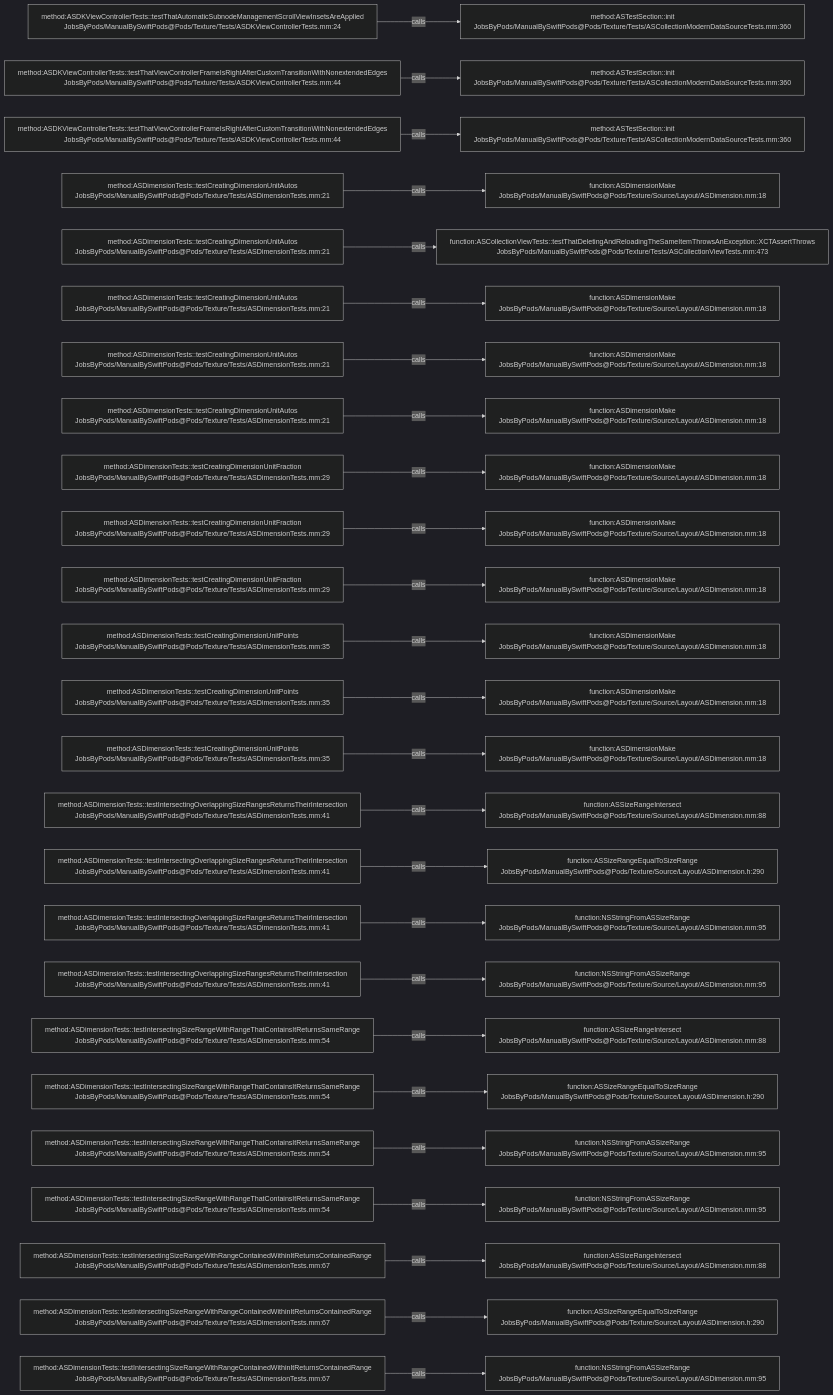
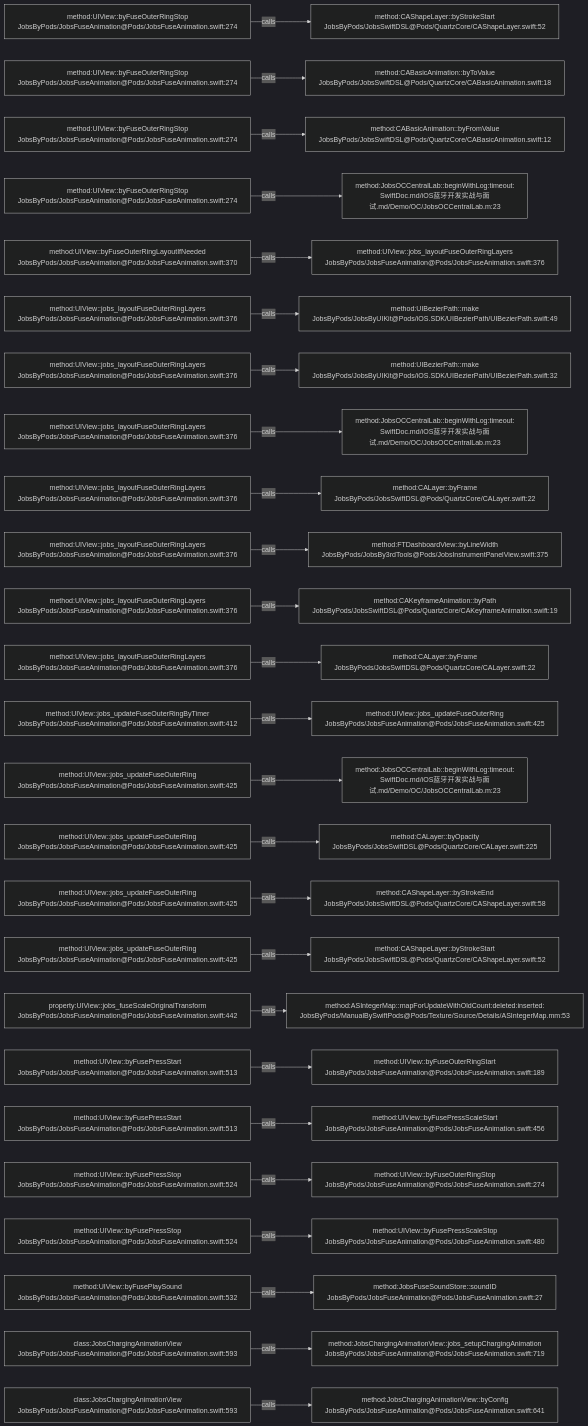
Before and after one commit to JobsKits/JobsSwiftBaseConfigDemo: the diagram in .codegraph/codegraph.md/graphs/calls-178.md, drawn with Mermaid (dark theme). The commit also changed 224 other files, not shown here.

````diff
--- a/.codegraph/codegraph.md/graphs/calls-178.md
+++ b/.codegraph/codegraph.md/graphs/calls-178.md
@@ -13,78 +13,78 @@
 ```mermaid
 flowchart LR
-  S1["method:ASDKViewControllerTests::testThatAutomaticSubnodeManagementScrollViewInsetsAreApplied<br/>JobsByPods/ManualBySwiftPods@Pods/Texture/Tests/ASDKViewControllerTests.mm:24"]
-  T1["method:ASTestSection::init<br/>JobsByPods/ManualBySwiftPods@Pods/Texture/Tests/ASCollectionModernDataSourceTests.mm:360"]
+  S1["method:UIView::byFuseOuterRingStop<br/>JobsByPods/JobsFuseAnimation@Pods/JobsFuseAnimation.swift:274"]
+  T1["method:CAShapeLayer::byStrokeStart<br/>JobsByPods/JobsSwiftDSL@Pods/QuartzCore/CAShapeLayer.swift:52"]
   S1 -->|calls| T1
-  S2["method:ASDKViewControllerTests::testThatViewControllerFrameIsRightAfterCustomTransitionWithNonextendedEdges<br/>JobsByPods/ManualBySwiftPods@Pods/Texture/Tests/ASDKViewControllerTests.mm:44"]
-  T2["method:ASTestSection::init<br/>JobsByPods/ManualBySwiftPods@Pods/Texture/Tests/ASCollectionModernDataSourceTests.mm:360"]
+  S2["method:UIView::byFuseOuterRingStop<br/>JobsByPods/JobsFuseAnimation@Pods/JobsFuseAnimation.swift:274"]
+  T2["method:CABasicAnimation::byToValue<br/>JobsByPods/JobsSwiftDSL@Pods/QuartzCore/CABasicAnimation.swift:18"]
   S2 -->|calls| T2
-  S3["method:ASDKViewControllerTests::testThatViewControllerFrameIsRightAfterCustomTransitionWithNonextendedEdges<br/>JobsByPods/ManualBySwiftPods@Pods/Texture/Tests/ASDKViewControllerTests.mm:44"]
-  T3["method:ASTestSection::init<br/>JobsByPods/ManualBySwiftPods@Pods/Texture/Tests/ASCollectionModernDataSourceTests.mm:360"]
+  S3["method:UIView::byFuseOuterRingStop<br/>JobsByPods/JobsFuseAnimation@Pods/JobsFuseAnimation.swift:274"]
+  T3["method:CABasicAnimation::byFromValue<br/>JobsByPods/JobsSwiftDSL@Pods/QuartzCore/CABasicAnimation.swift:12"]
   S3 -->|calls| T3
-  S4["method:ASDimensionTests::testCreatingDimensionUnitAutos<br/>JobsByPods/ManualBySwiftPods@Pods/Texture/Tests/ASDimensionTests.mm:21"]
-  T4["function:ASDimensionMake<br/>JobsByPods/ManualBySwiftPods@Pods/Texture/Source/Layout/ASDimension.mm:18"]
+  S4["method:UIView::byFuseOuterRingStop<br/>JobsByPods/JobsFuseAnimation@Pods/JobsFuseAnimation.swift:274"]
+  T4["method:JobsOCCentralLab::beginWithLog:timeout:<br/>SwiftDoc.md/iOS蓝牙开发实战与面试.md/Demo/OC/JobsOCCentralLab.m:23"]
   S4 -->|calls| T4
-  S5["method:ASDimensionTests::testCreatingDimensionUnitAutos<br/>JobsByPods/ManualBySwiftPods@Pods/Texture/Tests/ASDimensionTests.mm:21"]
-  T5["function:ASCollectionViewTests::testThatDeletingAndReloadingTheSameItemThrowsAnException::XCTAssertThrows<br/>JobsByPods/ManualBySwiftPods@Pods/Texture/Tests/ASCollectionViewTests.mm:473"]
+  S5["method:UIView::byFuseOuterRingLayoutIfNeeded<br/>JobsByPods/JobsFuseAnimation@Pods/JobsFuseAnimation.swift:370"]
+  T5["method:UIView::jobs_layoutFuseOuterRingLayers<br/>JobsByPods/JobsFuseAnimation@Pods/JobsFuseAnimation.swift:376"]
   S5 -->|calls| T5
-  S6["method:ASDimensionTests::testCreatingDimensionUnitAutos<br/>JobsByPods/ManualBySwiftPods@Pods/Texture/Tests/ASDimensionTests.mm:21"]
-  T6["function:ASDimensionMake<br/>JobsByPods/ManualBySwiftPods@Pods/Texture/Source/Layout/ASDimension.mm:18"]
+  S6["method:UIView::jobs_layoutFuseOuterRingLayers<br/>JobsByPods/JobsFuseAnimation@Pods/JobsFuseAnimation.swift:376"]
+  T6["method:UIBezierPath::make<br/>JobsByPods/JobsByUIKit@Pods/iOS.SDK/UIBezierPath/UIBezierPath.swift:49"]
   S6 -->|calls| T6
-  S7["method:ASDimensionTests::testCreatingDimensionUnitAutos<br/>JobsByPods/ManualBySwiftPods@Pods/Texture/Tests/ASDimensionTests.mm:21"]
-  T7["function:ASDimensionMake<br/>JobsByPods/ManualBySwiftPods@Pods/Texture/Source/Layout/ASDimension.mm:18"]
+  S7["method:UIView::jobs_layoutFuseOuterRingLayers<br/>JobsByPods/JobsFuseAnimation@Pods/JobsFuseAnimation.swift:376"]
+  T7["method:UIBezierPath::make<br/>JobsByPods/JobsByUIKit@Pods/iOS.SDK/UIBezierPath/UIBezierPath.swift:32"]
   S7 -->|calls| T7
-  S8["method:ASDimensionTests::testCreatingDimensionUnitAutos<br/>JobsByPods/ManualBySwiftPods@Pods/Texture/Tests/ASDimensionTests.mm:21"]
-  T8["function:ASDimensionMake<br/>JobsByPods/ManualBySwiftPods@Pods/Texture/Source/Layout/ASDimension.mm:18"]
+  S8["method:UIView::jobs_layoutFuseOuterRingLayers<br/>JobsByPods/JobsFuseAnimation@Pods/JobsFuseAnimation.swift:376"]
+  T8["method:JobsOCCentralLab::beginWithLog:timeout:<br/>SwiftDoc.md/iOS蓝牙开发实战与面试.md/Demo/OC/JobsOCCentralLab.m:23"]
   S8 -->|calls| T8
-  S9["method:ASDimensionTests::testCreatingDimensionUnitFraction<br/>JobsByPods/ManualBySwiftPods@Pods/Texture/Tests/ASDimensionTests.mm:29"]
-  T9["function:ASDimensionMake<br/>JobsByPods/ManualBySwiftPods@Pods/Texture/Source/Layout/ASDimension.mm:18"]
+  S9["method:UIView::jobs_layoutFuseOuterRingLayers<br/>JobsByPods/JobsFuseAnimation@Pods/JobsFuseAnimation.swift:376"]
+  T9["method:CALayer::byFrame<br/>JobsByPods/JobsSwiftDSL@Pods/QuartzCore/CALayer.swift:22"]
   S9 -->|calls| T9
-  S10["method:ASDimensionTests::testCreatingDimensionUnitFraction<br/>JobsByPods/ManualBySwiftPods@Pods/Texture/Tests/ASDimensionTests.mm:29"]
-  T10["function:ASDimensionMake<br/>JobsByPods/ManualBySwiftPods@Pods/Texture/Source/Layout/ASDimension.mm:18"]
+  S10["method:UIView::jobs_layoutFuseOuterRingLayers<br/>JobsByPods/JobsFuseAnimation@Pods/JobsFuseAnimation.swift:376"]
+  T10["method:FTDashboardView::byLineWidth<br/>JobsByPods/JobsBy3rdTools@Pods/JobsInstrumentPanelView.swift:375"]
   S10 -->|calls| T10
-  S11["method:ASDimensionTests::testCreatingDimensionUnitFraction<br/>JobsByPods/ManualBySwiftPods@Pods/Texture/Tests/ASDimensionTests.mm:29"]
-  T11["function:ASDimensionMake<br/>JobsByPods/ManualBySwiftPods@Pods/Texture/Source/Layout/ASDimension.mm:18"]
+  S11["method:UIView::jobs_layoutFuseOuterRingLayers<br/>JobsByPods/JobsFuseAnimation@Pods/JobsFuseAnimation.swift:376"]
+  T11["method:CAKeyframeAnimation::byPath<br/>JobsByPods/JobsSwiftDSL@Pods/QuartzCore/CAKeyframeAnimation.swift:19"]
   S11 -->|calls| T11
-  S12["method:ASDimensionTests::testCreatingDimensionUnitPoints<br/>JobsByPods/ManualBySwiftPods@Pods/Texture/Tests/ASDimensionTests.mm:35"]
-  T12["function:ASDimensionMake<br/>JobsByPods/ManualBySwiftPods@Pods/Texture/Source/Layout/ASDimension.mm:18"]
+  S12["method:UIView::jobs_layoutFuseOuterRingLayers<br/>JobsByPods/JobsFuseAnimation@Pods/JobsFuseAnimation.swift:376"]
+  T12["method:CALayer::byFrame<br/>JobsByPods/JobsSwiftDSL@Pods/QuartzCore/CALayer.swift:22"]
   S12 -->|calls| T12
-  S13["method:ASDimensionTests::testCreatingDimensionUnitPoints<br/>JobsByPods/ManualBySwiftPods@Pods/Texture/Tests/ASDimensionTests.mm:35"]
-  T13["function:ASDimensionMake<br/>JobsByPods/ManualBySwiftPods@Pods/Texture/Source/Layout/ASDimension.mm:18"]
+  S13["method:UIView::jobs_updateFuseOuterRingByTimer<br/>JobsByPods/JobsFuseAnimation@Pods/JobsFuseAnimation.swift:412"]
+  T13["method:UIView::jobs_updateFuseOuterRing<br/>JobsByPods/JobsFuseAnimation@Pods/JobsFuseAnimation.swift:425"]
   S13 -->|calls| T13
-  S14["method:ASDimensionTests::testCreatingDimensionUnitPoints<br/>JobsByPods/ManualBySwiftPods@Pods/Texture/Tests/ASDimensionTests.mm:35"]
-  T14["function:ASDimensionMake<br/>JobsByPods/ManualBySwiftPods@Pods/Texture/Source/Layout/ASDimension.mm:18"]
+  S14["method:UIView::jobs_updateFuseOuterRing<br/>JobsByPods/JobsFuseAnimation@Pods/JobsFuseAnimation.swift:425"]
+  T14["method:JobsOCCentralLab::beginWithLog:timeout:<br/>SwiftDoc.md/iOS蓝牙开发实战与面试.md/Demo/OC/JobsOCCentralLab.m:23"]
   S14 -->|calls| T14
-  S15["method:ASDimensionTests::testIntersectingOverlappingSizeRangesReturnsTheirIntersection<br/>JobsByPods/ManualBySwiftPods@Pods/Texture/Tests/ASDimensionTests.mm:41"]
-  T15["function:ASSizeRangeIntersect<br/>JobsByPods/ManualBySwiftPods@Pods/Texture/Source/Layout/ASDimension.mm:88"]
+  S15["method:UIView::jobs_updateFuseOuterRing<br/>JobsByPods/JobsFuseAnimation@Pods/JobsFuseAnimation.swift:425"]
+  T15["method:CALayer::byOpacity<br/>JobsByPods/JobsSwiftDSL@Pods/QuartzCore/CALayer.swift:225"]
   S15 -->|calls| T15
-  S16["method:ASDimensionTests::testIntersectingOverlappingSizeRangesReturnsTheirIntersection<br/>JobsByPods/ManualBySwiftPods@Pods/Texture/Tests/ASDimensionTests.mm:41"]
-  T16["function:ASSizeRangeEqualToSizeRange<br/>JobsByPods/ManualBySwiftPods@Pods/Texture/Source/Layout/ASDimension.h:290"]
+  S16["method:UIView::jobs_updateFuseOuterRing<br/>JobsByPods/JobsFuseAnimation@Pods/JobsFuseAnimation.swift:425"]
+  T16["method:CAShapeLayer::byStrokeEnd<br/>JobsByPods/JobsSwiftDSL@Pods/QuartzCore/CAShapeLayer.swift:58"]
   S16 -->|calls| T16
-  S17["method:ASDimensionTests::testIntersectingOverlappingSizeRangesReturnsTheirIntersection<br/>JobsByPods/ManualBySwiftPods@Pods/Texture/Tests/ASDimensionTests.mm:41"]
-  T17["function:NSStringFromASSizeRange<br/>JobsByPods/ManualBySwiftPods@Pods/Texture/Source/Layout/ASDimension.mm:95"]
+  S17["method:UIView::jobs_updateFuseOuterRing<br/>JobsByPods/JobsFuseAnimation@Pods/JobsFuseAnimation.swift:425"]
+  T17["method:CAShapeLayer::byStrokeStart<br/>JobsByPods/JobsSwiftDSL@Pods/QuartzCore/CAShapeLayer.swift:52"]
   S17 -->|calls| T17
-  S18["method:ASDimensionTests::testIntersectingOverlappingSizeRangesReturnsTheirIntersection<br/>JobsByPods/ManualBySwiftPods@Pods/Texture/Tests/ASDimensionTests.mm:41"]
-  T18["function:NSStringFromASSizeRange<br/>JobsByPods/ManualBySwiftPods@Pods/Texture/Source/Layout/ASDimension.mm:95"]
+  S18["property:UIView::jobs_fuseScaleOriginalTransform<br/>JobsByPods/JobsFuseAnimation@Pods/JobsFuseAnimation.swift:442"]
+  T18["method:ASIntegerMap::mapForUpdateWithOldCount:deleted:inserted:<br/>JobsByPods/ManualBySwiftPods@Pods/Texture/Source/Details/ASIntegerMap.mm:53"]
   S18 -->|calls| T18
-  S19["method:ASDimensionTests::testIntersectingSizeRangeWithRangeThatContainsItReturnsSameRange<br/>JobsByPods/ManualBySwiftPods@Pods/Texture/Tests/ASDimensionTests.mm:54"]
-  T19["function:ASSizeRangeIntersect<br/>JobsByPods/ManualBySwiftPods@Pods/Texture/Source/Layout/ASDimension.mm:88"]
+  S19["method:UIView::byFusePressStart<br/>JobsByPods/JobsFuseAnimation@Pods/JobsFuseAnimation.swift:513"]
+  T19["method:UIView::byFuseOuterRingStart<br/>JobsByPods/JobsFuseAnimation@Pods/JobsFuseAnimation.swift:189"]
   S19 -->|calls| T19
-  S20["method:ASDimensionTests::testIntersectingSizeRangeWithRangeThatContainsItReturnsSameRange<br/>JobsByPods/ManualBySwiftPods@Pods/Texture/Tests/ASDimensionTests.mm:54"]
-  T20["function:ASSizeRangeEqualToSizeRange<br/>JobsByPods/ManualBySwiftPods@Pods/Texture/Source/Layout/ASDimension.h:290"]
+  S20["method:UIView::byFusePressStart<br/>JobsByPods/JobsFuseAnimation@Pods/JobsFuseAnimation.swift:513"]
+  T20["method:UIView::byFusePressScaleStart<br/>JobsByPods/JobsFuseAnimation@Pods/JobsFuseAnimation.swift:456"]
   S20 -->|calls| T20
-  S21["method:ASDimensionTests::testIntersectingSizeRangeWithRangeThatContainsItReturnsSameRange<br/>JobsByPods/ManualBySwiftPods@Pods/Texture/Tests/ASDimensionTests.mm:54"]
-  T21["function:NSStringFromASSizeRange<br/>JobsByPods/ManualBySwiftPods@Pods/Texture/Source/Layout/ASDimension.mm:95"]
+  S21["method:UIView::byFusePressStop<br/>JobsByPods/JobsFuseAnimation@Pods/JobsFuseAnimation.swift:524"]
+  T21["method:UIView::byFuseOuterRingStop<br/>JobsByPods/JobsFuseAnimation@Pods/JobsFuseAnimation.swift:274"]
   S21 -->|calls| T21
-  S22["method:ASDimensionTests::testIntersectingSizeRangeWithRangeThatContainsItReturnsSameRange<br/>JobsByPods/ManualBySwiftPods@Pods/Texture/Tests/ASDimensionTests.mm:54"]
-  T22["function:NSStringFromASSizeRange<br/>JobsByPods/ManualBySwiftPods@Pods/Texture/Source/Layout/ASDimension.mm:95"]
+  S22["method:UIView::byFusePressStop<br/>JobsByPods/JobsFuseAnimation@Pods/JobsFuseAnimation.swift:524"]
+  T22["method:UIView::byFusePressScaleStop<br/>JobsByPods/JobsFuseAnimation@Pods/JobsFuseAnimation.swift:480"]
   S22 -->|calls| T22
-  S23["method:ASDimensionTests::testIntersectingSizeRangeWithRangeContainedWithinItReturnsContainedRange<br/>JobsByPods/ManualBySwiftPods@Pods/Texture/Tests/ASDimensionTests.mm:67"]
-  T23["function:ASSizeRangeIntersect<br/>JobsByPods/ManualBySwiftPods@Pods/Texture/Source/Layout/ASDimension.mm:88"]
+  S23["method:UIView::byFusePlaySound<br/>JobsByPods/JobsFuseAnimation@Pods/JobsFuseAnimation.swift:532"]
+  T23["method:JobsFuseSoundStore::soundID<br/>JobsByPods/JobsFuseAnimation@Pods/JobsFuseAnimation.swift:27"]
   S23 -->|calls| T23
-  S24["method:ASDimensionTests::testIntersectingSizeRangeWithRangeContainedWithinItReturnsContainedRange<br/>JobsByPods/ManualBySwiftPods@Pods/Texture/Tests/ASDimensionTests.mm:67"]
-  T24["function:ASSizeRangeEqualToSizeRange<br/>JobsByPods/ManualBySwiftPods@Pods/Texture/Source/Layout/ASDimension.h:290"]
+  S24["class:JobsChargingAnimationView<br/>JobsByPods/JobsFuseAnimation@Pods/JobsFuseAnimation.swift:593"]
+  T24["method:JobsChargingAnimationView::jobs_setupChargingAnimation<br/>JobsByPods/JobsFuseAnimation@Pods/JobsFuseAnimation.swift:719"]
   S24 -->|calls| T24
-  S25["method:ASDimensionTests::testIntersectingSizeRangeWithRangeContainedWithinItReturnsContainedRange<br/>JobsByPods/ManualBySwiftPods@Pods/Texture/Tests/ASDimensionTests.mm:67"]
-  T25["function:NSStringFromASSizeRange<br/>JobsByPods/ManualBySwiftPods@Pods/Texture/Source/Layout/ASDimension.mm:95"]
+  S25["class:JobsChargingAnimationView<br/>JobsByPods/JobsFuseAnimation@Pods/JobsFuseAnimation.swift:593"]
+  T25["method:JobsChargingAnimationView::byConfig<br/>JobsByPods/JobsFuseAnimation@Pods/JobsFuseAnimation.swift:641"]
   S25 -->|calls| T25
 ```
````
